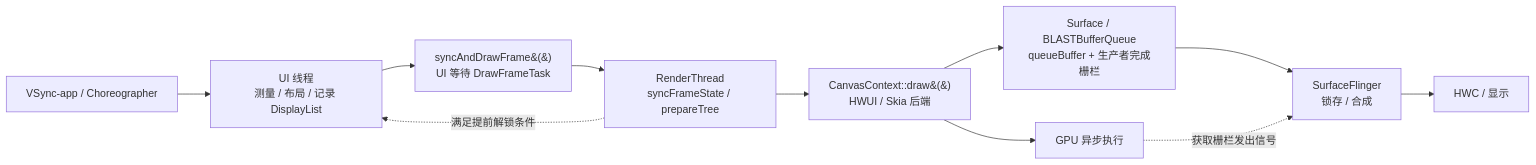
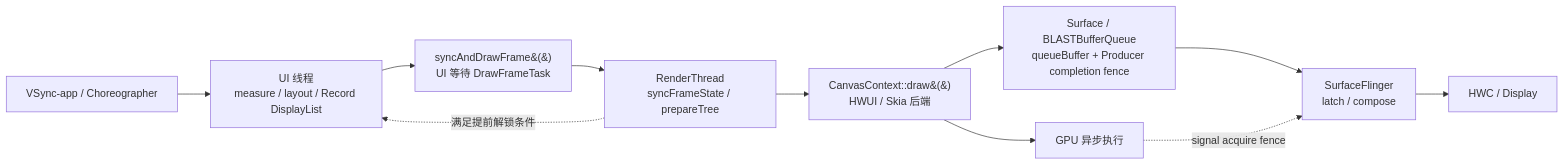
One commit to Gracker/android-internals-wiki changed the diagram in src/part1-fundamentals/ch02-rendering/05-main-render-thread.md. Above: the diagram before and after it, drawn with Mermaid. The commit also changed other lines of this file and 4 other files, not shown here.

````diff
--- a/src/part1-fundamentals/ch02-rendering/05-main-render-thread.md
+++ b/src/part1-fundamentals/ch02-rendering/05-main-render-thread.md
@@ -110,13 +110,13 @@
 ```mermaid
 flowchart LR
-    V["VSync-app / Choreographer"] --> U["UI 线程<br/>测量 / 布局 / 记录 DisplayList"]
+    V["VSync-app / Choreographer"] --> U["UI 线程<br/>measure / layout / Record DisplayList"]
     U --> S["syncAndDrawFrame&#40;&#41;<br/>UI 等待 DrawFrameTask"]
     S --> P["RenderThread<br/>syncFrameState / prepareTree"]
     P --> D["CanvasContext::draw&#40;&#41;<br/>HWUI / Skia 后端"]
-    D --> B["Surface / BLASTBufferQueue<br/>queueBuffer + 生产者完成栅栏"]
+    D --> B["Surface / BLASTBufferQueue<br/>queueBuffer + Producer completion fence"]
     D --> G["GPU 异步执行"]
-    B --> F["SurfaceFlinger<br/>锁存 / 合成"]
-    G -. "获取栅栏发出信号" .-> F
-    F --> H["HWC / 显示"]
+    B --> F["SurfaceFlinger<br/>latch / compose"]
+    G -. "signal acquire fence" .-> F
+    F --> H["HWC / Display"]
     P -. "满足提前解锁条件" .-> U
 ```
````
